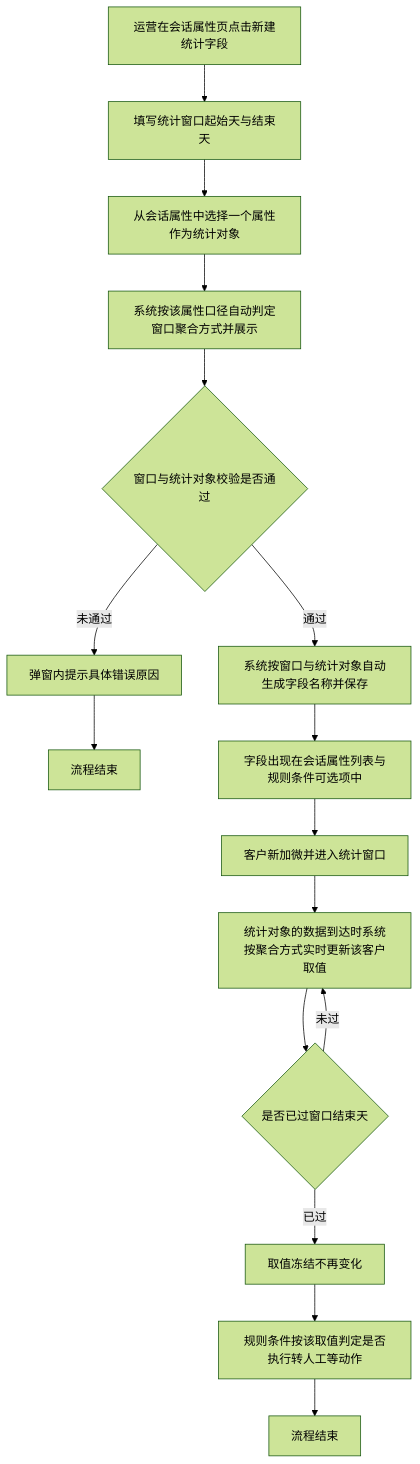
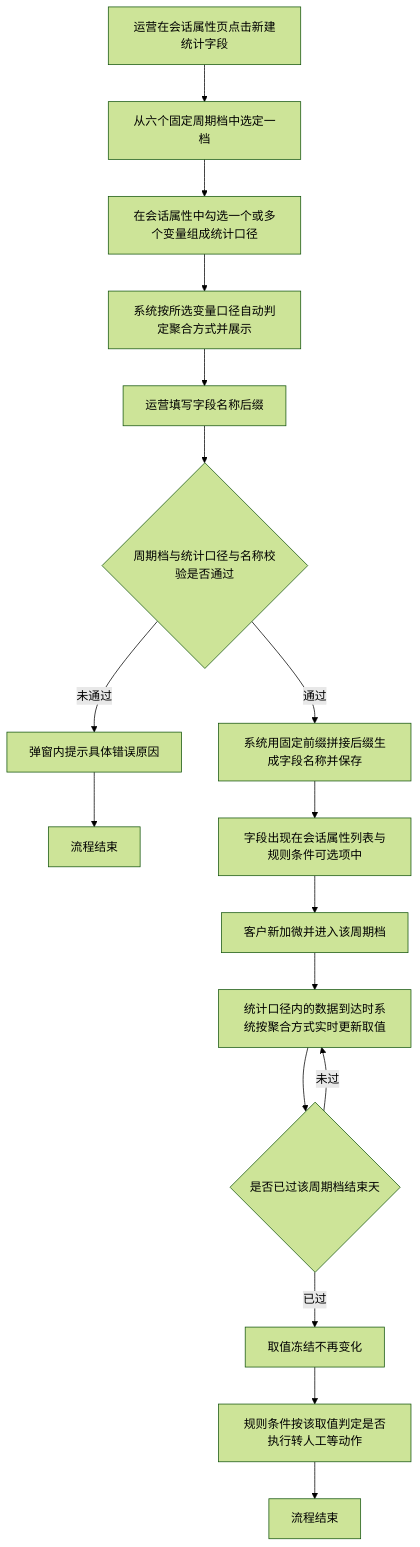
Before and after one commit to Leo-ai05/prototypes: the first of 2 diagrams in 自定义统计周期学习时长字段/PRD-自定义统计周期学习时长字段.md, drawn with Mermaid (forest theme). The commit also changed other lines of this file and 31 other files, not shown here.

````diff
--- a/自定义统计周期学习时长字段/PRD-自定义统计周期学习时长字段.md
+++ b/自定义统计周期学习时长字段/PRD-自定义统计周期学习时长字段.md
@@ -49,18 +50,19 @@
 ```mermaid
 flowchart TD
-    A[运营在会话属性页点击新建统计字段] --> B[填写统计窗口起始天与结束天]
-    B --> C[从会话属性中选择一个属性作为统计对象]
-    C --> D[系统按该属性口径自动判定窗口聚合方式并展示]
-    D --> E{窗口与统计对象校验是否通过}
-    E -->|未通过| F[弹窗内提示具体错误原因]
-    F --> G1[流程结束]
-    E -->|通过| H[系统按窗口与统计对象自动生成字段名称并保存]
-    H --> I[字段出现在会话属性列表与规则条件可选项中]
-    I --> J[客户新加微并进入统计窗口]
-    J --> K[统计对象的数据到达时系统按聚合方式实时更新该客户取值]
-    K --> L{是否已过窗口结束天}
-    L -->|未过| K
-    L -->|已过| M[取值冻结不再变化]
-    M --> N[规则条件按该取值判定是否执行转人工等动作]
-    N --> G2[流程结束]
+    A[运营在会话属性页点击新建统计字段] --> B[从六个固定周期档中选定一档]
+    B --> C[在会话属性中勾选一个或多个变量组成统计口径]
+    C --> D[系统按所选变量口径自动判定聚合方式并展示]
+    D --> E[运营填写字段名称后缀]
+    E --> F{周期档与统计口径与名称校验是否通过}
+    F -->|未通过| G[弹窗内提示具体错误原因]
+    G --> H1[流程结束]
+    F -->|通过| I[系统用固定前缀拼接后缀生成字段名称并保存]
+    I --> J[字段出现在会话属性列表与规则条件可选项中]
+    J --> K[客户新加微并进入该周期档]
+    K --> L[统计口径内的数据到达时系统按聚合方式实时更新取值]
+    L --> M{是否已过该周期档结束天}
+    M -->|未过| L
+    M -->|已过| N[取值冻结不再变化]
+    N --> O[规则条件按该取值判定是否执行转人工等动作]
+    O --> H2[流程结束]
 ```
````
